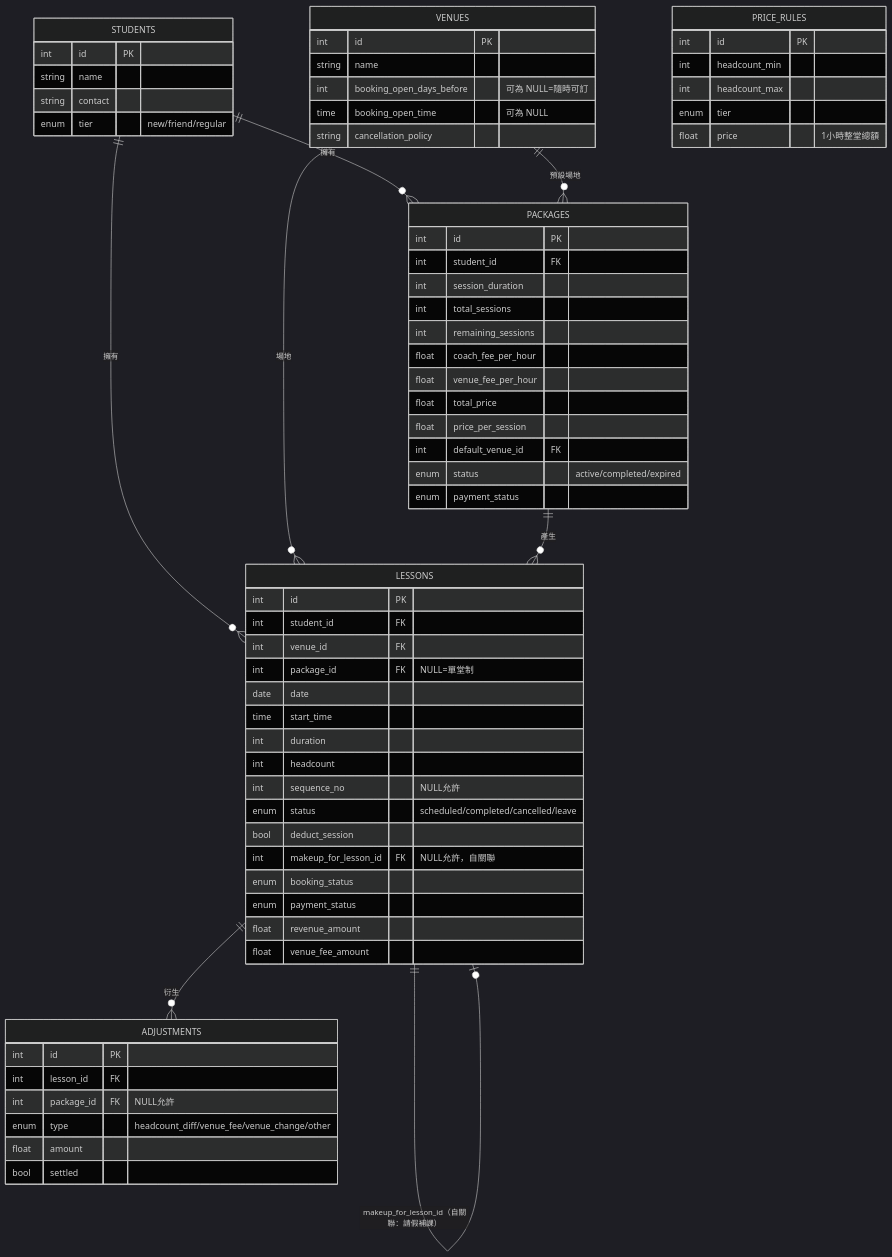
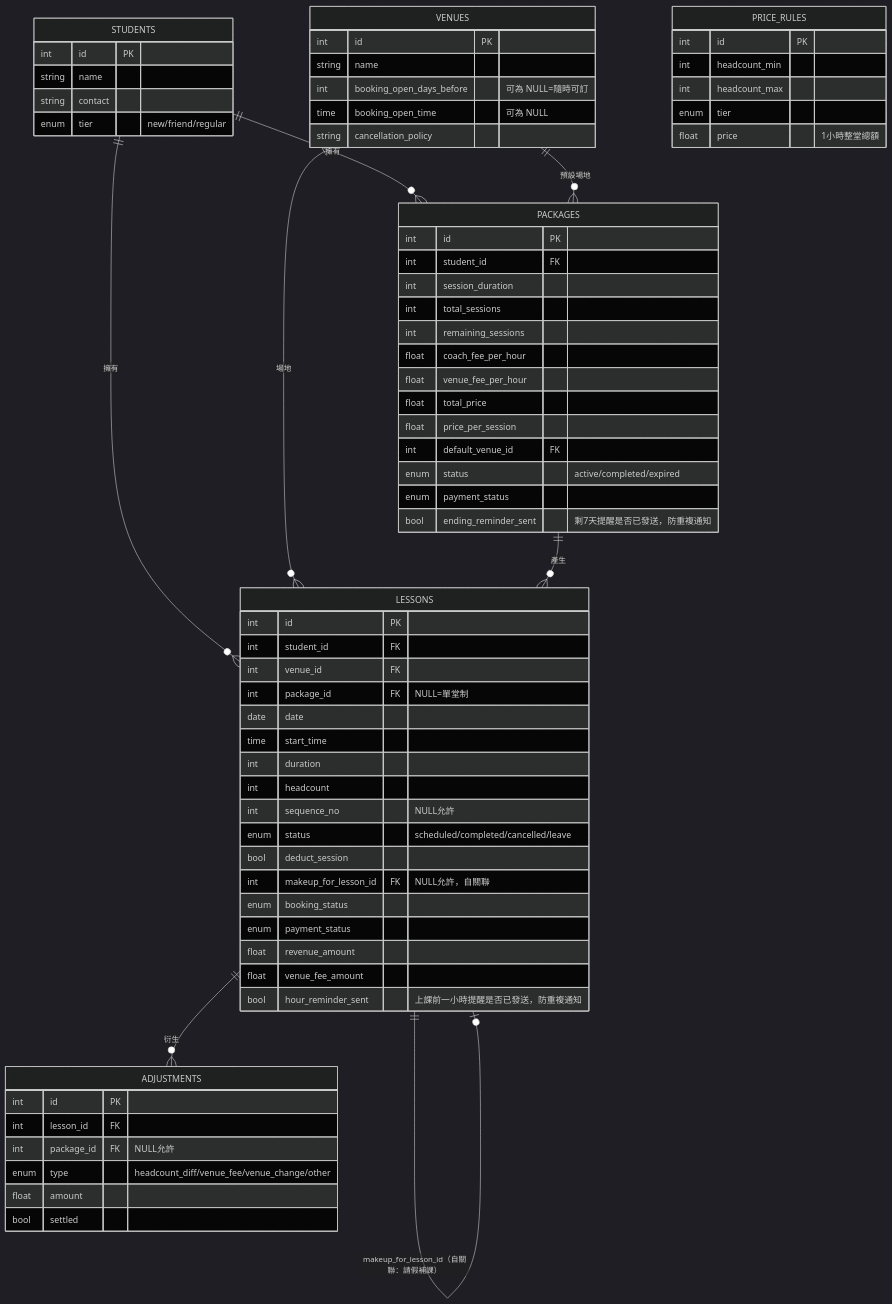
The third of 3 diagrams in ARCHITECTURE.md (cxinyuan913-svg/coaching-record-tool), drawn with Mermaid (dark theme) before and after one commit. The commit also changed other lines of this file and 9 other files, not shown here.

````diff
--- a/ARCHITECTURE.md
+++ b/ARCHITECTURE.md
@@ -104,71 +120,73 @@
 ```mermaid
 erDiagram
     STUDENTS ||--o{ PACKAGES : "擁有"
     STUDENTS ||--o{ LESSONS : "擁有"
     VENUES ||--o{ LESSONS : "場地"
     VENUES ||--o{ PACKAGES : "預設場地"
     PACKAGES ||--o{ LESSONS : "產生"
     LESSONS ||--o{ ADJUSTMENTS : "衍生"
     LESSONS ||--o| LESSONS : "makeup_for_lesson_id（自關聯：請假補課）"
 
     STUDENTS {
         int id PK
         string name
         string contact
         enum tier "new/friend/regular"
     }
     VENUES {
         int id PK
         string name
         int booking_open_days_before "可為 NULL=隨時可訂"
         time booking_open_time "可為 NULL"
         string cancellation_policy
     }
     PRICE_RULES {
         int id PK
         int headcount_min
         int headcount_max
         enum tier
         float price "1小時整堂總額"
     }
     PACKAGES {
         int id PK
         int student_id FK
         int session_duration
         int total_sessions
         int remaining_sessions
         float coach_fee_per_hour
         float venue_fee_per_hour
         float total_price
         float price_per_session
         int default_venue_id FK
         enum status "active/completed/expired"
         enum payment_status
+        bool ending_reminder_sent "剩7天提醒是否已發送，防重複通知"
     }
     LESSONS {
         int id PK
         int student_id FK
         int venue_id FK
         int package_id FK "NULL=單堂制"
         date date
         time start_time
         int duration
         int headcount
         int sequence_no "NULL允許"
         enum status "scheduled/completed/cancelled/leave"
         bool deduct_session
         int makeup_for_lesson_id FK "NULL允許，自關聯"
         enum booking_status
         enum payment_status
         float revenue_amount
         float venue_fee_amount
+        bool hour_reminder_sent "上課前一小時提醒是否已發送，防重複通知"
     }
     ADJUSTMENTS {
         int id PK
         int lesson_id FK
         int package_id FK "NULL允許"
         enum type "headcount_diff/venue_fee/venue_change/other"
         float amount
         bool settled
     }
 ```
````
